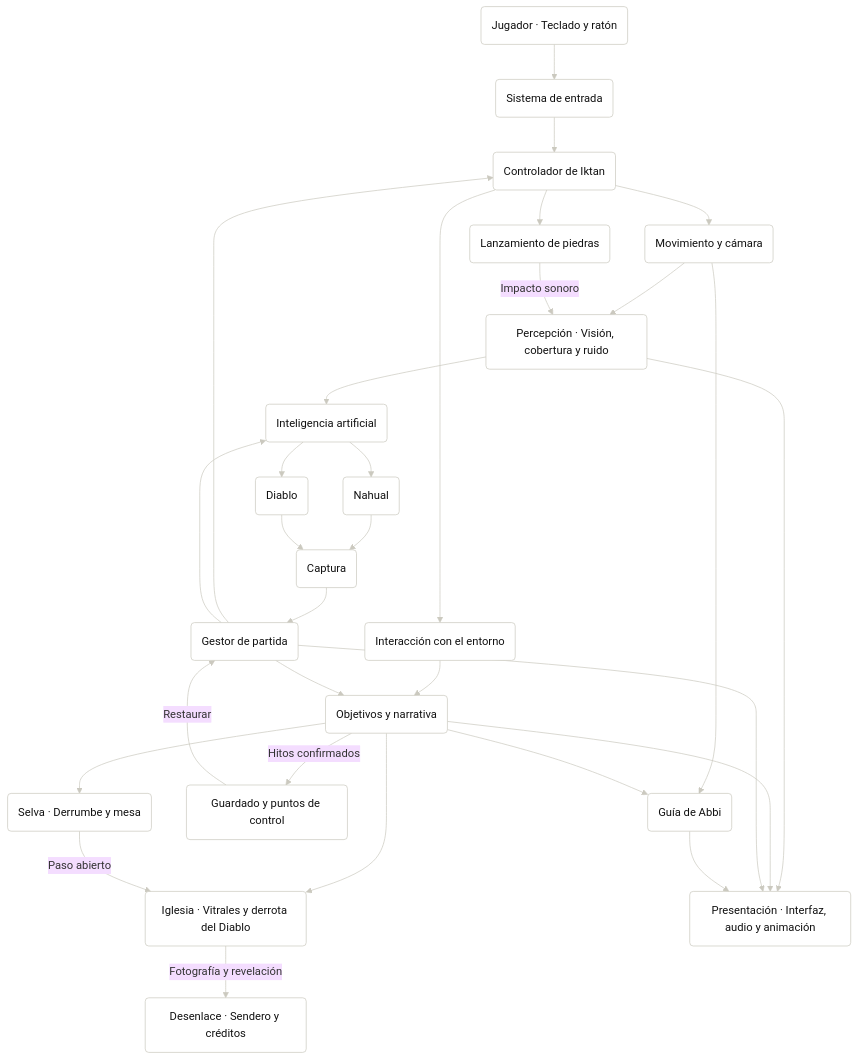
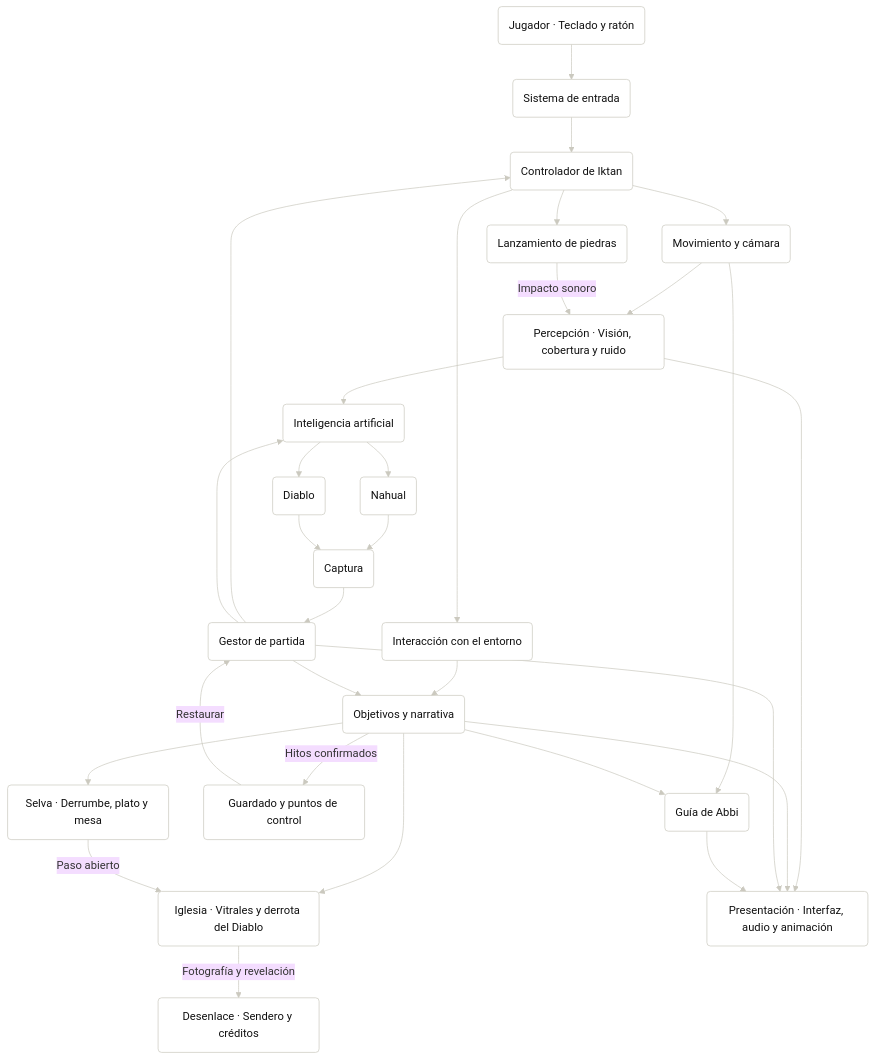
The diagram in 07 - Tecnología/01 - Arquitectura Técnica.md (joelynMazapan/GDD_Sataan_Paal), drawn with Mermaid (base theme) before and after one commit. The commit also changed other lines of this file and 21 other files, not shown here.

First line of the commit message:
Reestructuración de las mecánicas de juego y los elementos narrativos: - Se actualizaron las interacciones con la mesa espectral y se añadió el "plato de molletes" como elemento clave para avanzar en la historia.

````diff
--- a/07 - Tecnología/01 - Arquitectura Técnica.md
+++ b/07 - Tecnología/01 - Arquitectura Técnica.md
@@ -44,35 +44,35 @@
 ```mermaid
 flowchart TD
     A("Jugador · Teclado y ratón") --> B("Sistema de entrada")
     B --> C("Controlador de Iktan")
     C --> D("Movimiento y cámara")
     C --> E("Lanzamiento de piedras")
     C --> F("Interacción con el entorno")
     D --> G("Percepción · Visión, cobertura y ruido")
     E -->|Impacto sonoro| G
     G --> H("Inteligencia artificial")
     H --> I("Nahual")
     H --> J("Diablo")
     I --> K("Captura")
     J --> K
     F --> L("Objetivos y narrativa")
-    L --> M("Selva · Derrumbe y mesa")
+    L --> M("Selva · Derrumbe, plato y mesa")
     L --> N("Iglesia · Vitrales y derrota del Diablo")
     M -->|Paso abierto| N
     N -->|Fotografía y revelación| O("Desenlace · Sendero y créditos")
     P("Gestor de partida") --> C
     P --> H
     P --> L
     K --> P
     L -->|Hitos confirmados| Q("Guardado y puntos de control")
     Q -->|Restaurar| P
     D --> R("Guía de Abbi")
     L --> R
     G --> S("Presentación · Interfaz, audio y animación")
     L --> S
     P --> S
     R --> S
     classDef caja fill:#ffffff,stroke:#cbc9bf,color:#111111;
     class A,B,C,D,E,F,G,H,I,J,K,L,M,N,O,P,Q,R,S caja;
     linkStyle default stroke:#cbc9bf,stroke-width:1px;
 ```
````
